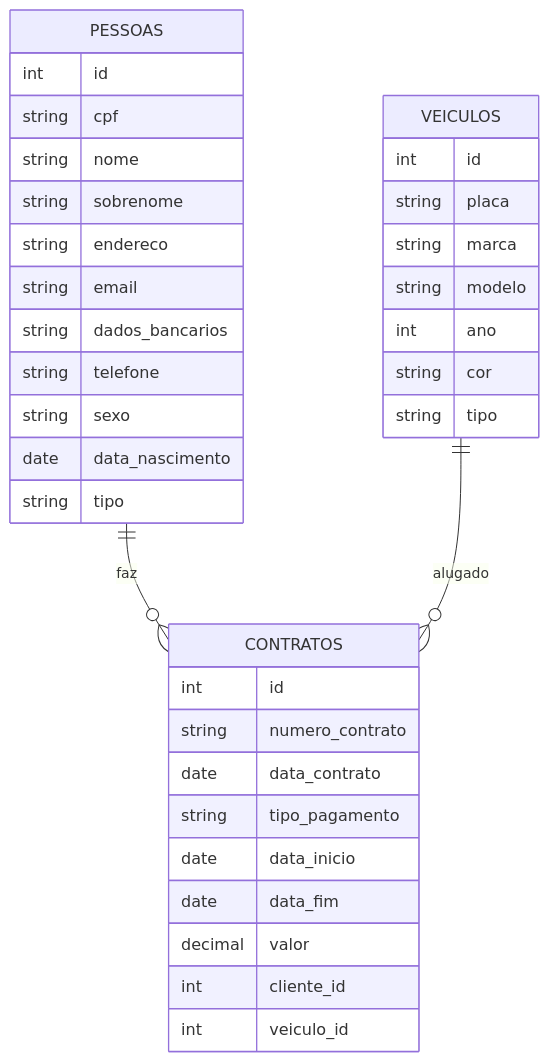
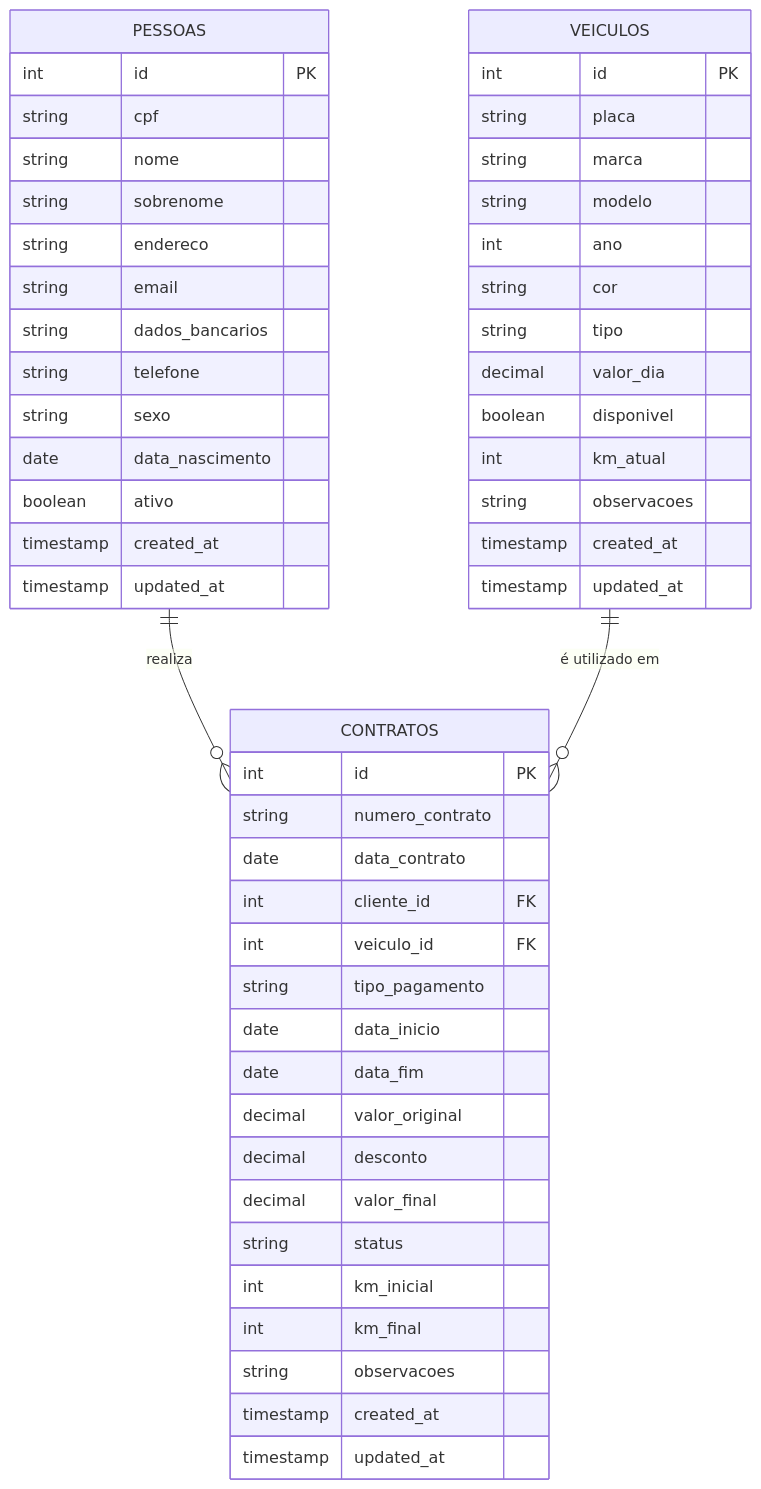
The first of 2 diagrams in README.md (Xandy66/Projeto-Banco-Aluguel-Carros), drawn with Mermaid before and after one commit.

````diff
--- a/README.md
+++ b/README.md
@@ -22,42 +22,58 @@
 ```mermaid
 erDiagram
 
 PESSOAS {
-    int id
+    int id PK
     string cpf
     string nome
     string sobrenome
     string endereco
     string email
     string dados_bancarios
     string telefone
     string sexo
     date data_nascimento
-    string tipo
+    boolean ativo
+    timestamp created_at
+    timestamp updated_at
 }
 
 VEICULOS {
-    int id
+    int id PK
     string placa
     string marca
     string modelo
     int ano
     string cor
     string tipo
+    decimal valor_dia
+    boolean disponivel
+    int km_atual
+    string observacoes
+    timestamp created_at
+    timestamp updated_at
 }
 
 CONTRATOS {
-    int id
+    int id PK
     string numero_contrato
     date data_contrato
+    int cliente_id FK
+    int veiculo_id FK
     string tipo_pagamento
     date data_inicio
     date data_fim
-    decimal valor
-    int cliente_id
-    int veiculo_id
+    decimal valor_original
+    decimal desconto
+    decimal valor_final
+    string status
+    int km_inicial
+    int km_final
+    string observacoes
+    timestamp created_at
+    timestamp updated_at
 }
 
-PESSOAS ||--o{ CONTRATOS : faz
-VEICULOS ||--o{ CONTRATOS : alugado
+PESSOAS ||--o{ CONTRATOS : "realiza"
+VEICULOS ||--o{ CONTRATOS : "é utilizado em"
 ```
````
